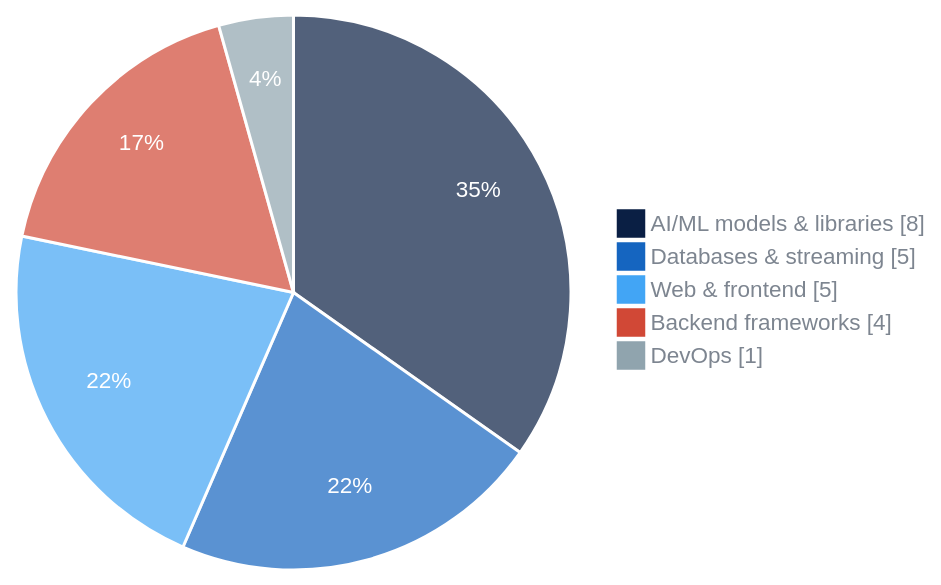
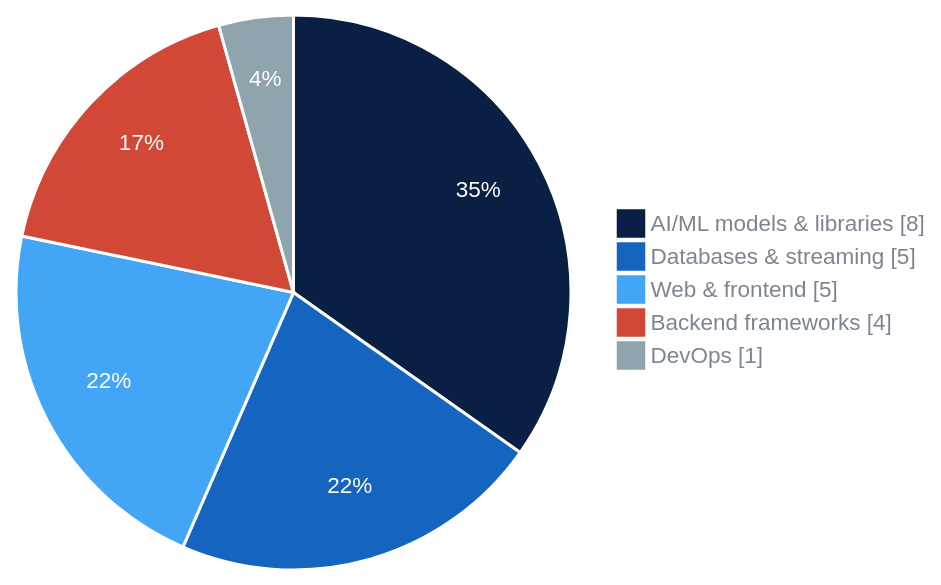
The first of 2 diagrams in README.md (divyanshrajat/divyanshrajat), drawn with Mermaid before and after one commit. The commit also changed other lines of this file, not shown here.

Commit message:
Match chart colours to profile theme

````diff
--- a/README.md
+++ b/README.md
@@ -76,9 +76,9 @@
 ```mermaid
-%%{init: {"theme": "base", "themeVariables": {"pie1": "#0A1F44", "pie2": "#1565C0", "pie3": "#42A5F5", "pie4": "#D14836", "pie5": "#90A4AE", "pieSectionTextColor": "#ffffff", "pieLegendTextColor": "#7d8590", "pieStrokeColor": "#ffffff", "pieOuterStrokeWidth": "0px", "pieSectionTextSize": "15px", "pieLegendTextSize": "15px"}}}%%
+%%{init: {"theme": "base", "themeVariables": {"pie1": "#0A1F44", "pie2": "#1565C0", "pie3": "#42A5F5", "pie4": "#D14836", "pie5": "#90A4AE", "pieSectionTextColor": "#ffffff", "pieLegendTextColor": "#7d8590", "pieStrokeColor": "#ffffff", "pieOuterStrokeWidth": "0px", "pieOpacity": "1", "pieSectionTextSize": "15px", "pieLegendTextSize": "15px"}}}%%
 pie showData
     "AI/ML models & libraries" : 8
     "Databases & streaming" : 5
     "Web & frontend" : 5
     "Backend frameworks" : 4
     "DevOps" : 1
 ```
````
